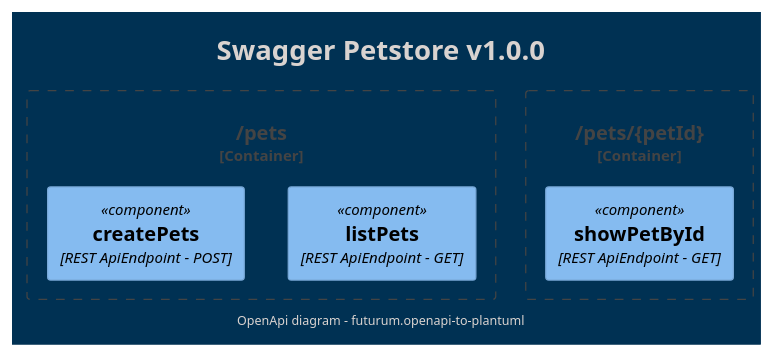
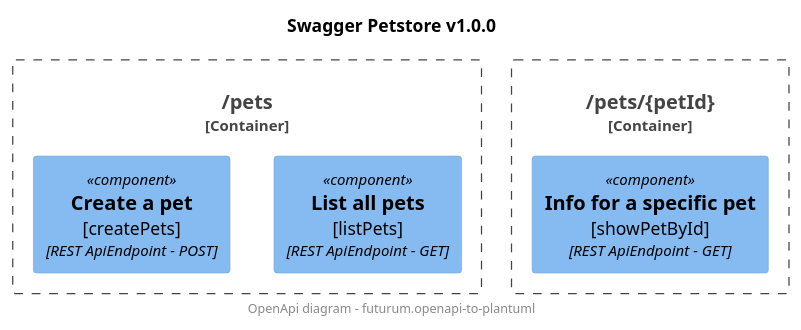
Before and after one commit to futurum-dev/futurum.openapi-to-plantuml: the diagram in openapi/openapi-petstore-simple-openapi.puml, drawn with PlantUML. The commit also changed 28 other files, not shown here.

Commit message:
- refactor - add ClassFields and ClassRelationships for RequestBody properties - OpenApiDiagram fix Id

```diff
--- a/openapi/openapi-petstore-simple-openapi.puml
+++ b/openapi/openapi-petstore-simple-openapi.puml
@@ -1,17 +1,22 @@
 @startuml OpenApi diagram
-!theme blueprint
+'!theme blueprint
 
 !include https://raw.githubusercontent.com/plantuml-stdlib/C4-PlantUML/master/C4_Component.puml
 
 title Swagger Petstore v1.0.0
 footer OpenApi diagram - futurum.openapi-to-plantuml
 Container_Boundary(pets, "/pets") {
-Component(pets_get, "listPets", "REST ApiEndpoint - GET", "")
-Component(pets_post, "createPets", "REST ApiEndpoint - POST", "")
+Component(pets_get, "List all pets\r[listPets]", "REST ApiEndpoint - GET", "")
+
+Component(pets_post, "Create a pet\r[createPets]", "REST ApiEndpoint - POST", "")
+
 }
-Container_Boundary(petspetId, "/pets/{petId}") {
-Component(petspetId_get, "showPetById", "REST ApiEndpoint - GET", "")
+
+Container_Boundary(pets_petId, "/pets/{petId}") {
+Component(pets_petId_get, "Info for a specific pet\r[showPetById]", "REST ApiEndpoint - GET", "")
+
 }
 
 
+
 @enduml
```
